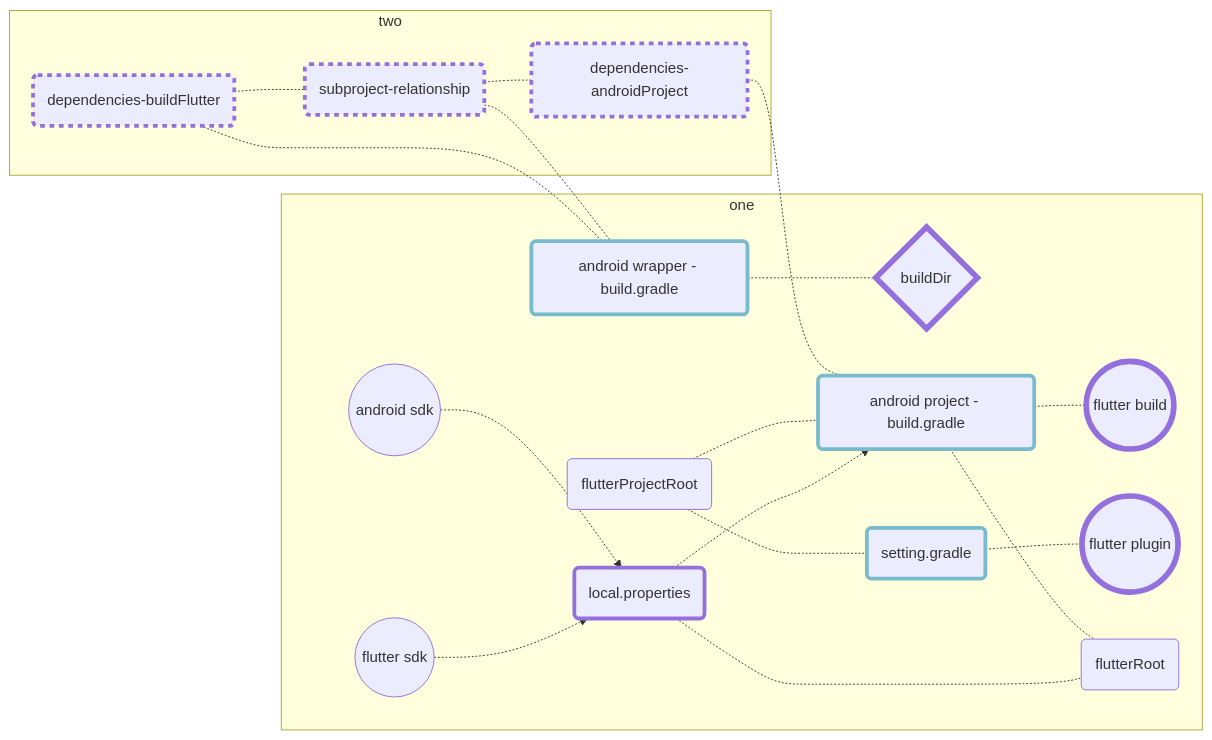
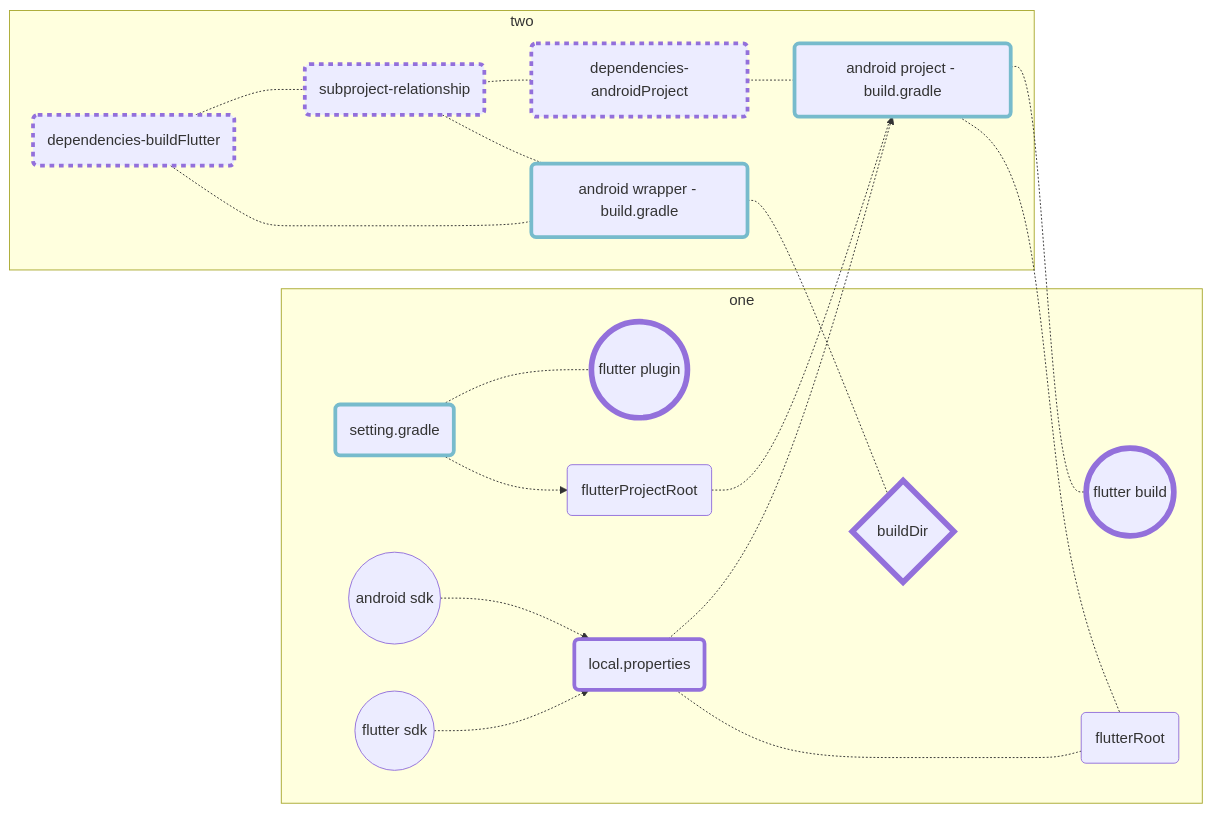
One commit to gordianknotC/nxp_note changed the second of 3 diagrams in flutter/addAndroidProjIntoFlutter.md. Above: the diagram before and after it, drawn with Mermaid. The commit also changed other lines of this file, not shown here.

Commit message:
flutter/addAndroidProjIntoFlutter.md updated from https://stackedit.io/

````diff
--- a/flutter/addAndroidProjIntoFlutter.md
+++ b/flutter/addAndroidProjIntoFlutter.md
@@ -241,55 +241,56 @@
 ```mermaid
 graph LR
 	fdk((flutter sdk))
 	adk((android sdk))
 	
 	dfb{buildDir}
 	fbuild((flutter build))
 	fpgn((flutter plugin))
 	style fbuild stroke-width:6px   
 	style fpgn stroke-width:6px 
 	style dfb stroke-width:6px 
 	
 	loc(local.properties)
 	style loc stroke-width:4px   
 	
 	set(setting.gradle)
 	b1(android wrapper - build.gradle)
 	b2(android project - build.gradle)
 	style b1 stroke-width:4px, stroke:#7bc
 	style b2 stroke-width:4px, stroke:#7bc
 	style set stroke-width:4px, stroke:#7bc
 
 	dfr(flutterRoot)
 	dfp(flutterProjectRoot)
 	
 	
 	dandroid(dependencies-androidProject)
 	dflutter(dependencies-buildFlutter)
 	dsub(subproject-relationship)
 	style dandroid stroke-width:4px, stroke-dasharray: 5
 	style dflutter stroke-width:4px, stroke-dasharray: 5
 	style dsub stroke-width:4px, stroke-dasharray: 5
 	
+	subgraph two
+		dandroid -.- b2
+		dflutter -.- b1
+		dsub -.- b1
+		dflutter -.- dsub
+		dsub-.- dandroid
+	end
 	subgraph one
 		b2 -.- fbuild
 		fdk -.-> loc
 		adk -.-> loc
 		loc -.-> b2
 		loc -.- dfr
 		b2 -.- dfr
 		dfp -.- b2
-		dfp -.- set
+		set-.->dfp
 		set -.- fpgn
 		
 		b1 -.- dfb
 	end
 	
-	subgraph two
-		dandroid -.- b2
-		dflutter -.- b1
-		dsub -.- b1
-		dflutter -.- dsub
-		dsub-.- dandroid
-	end
+	
 ```
````
